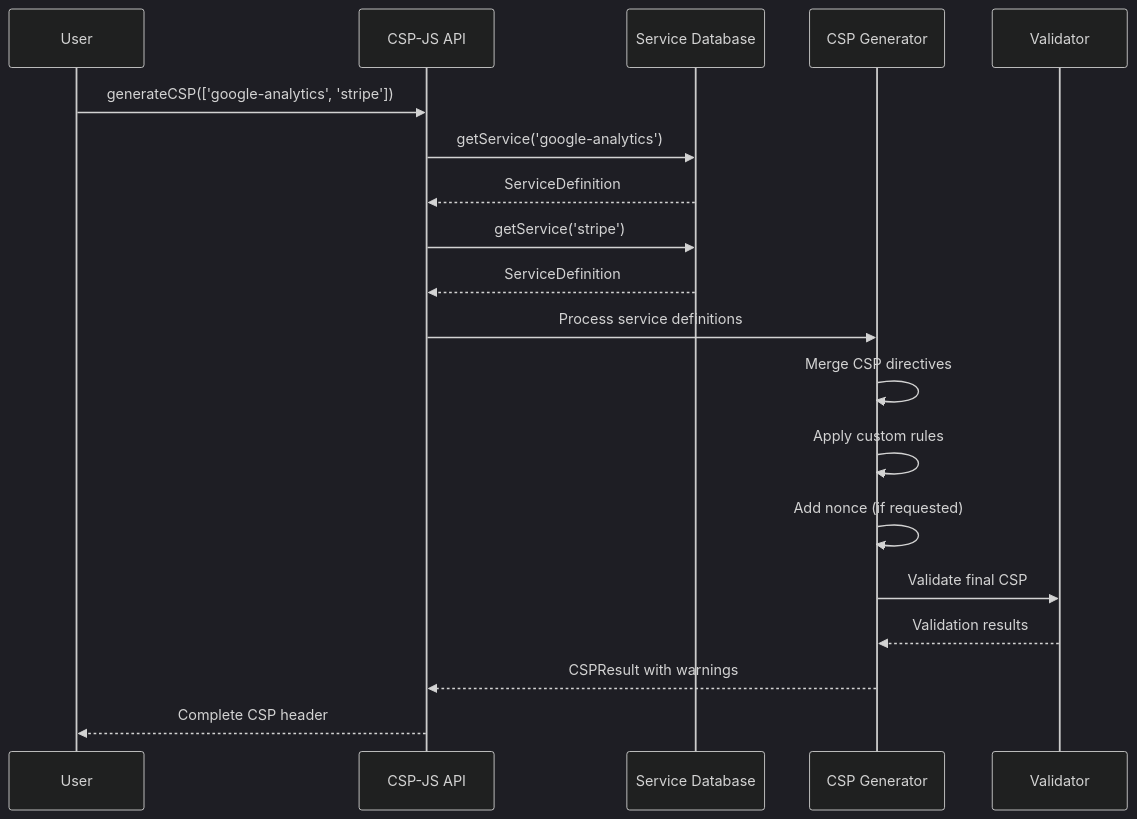
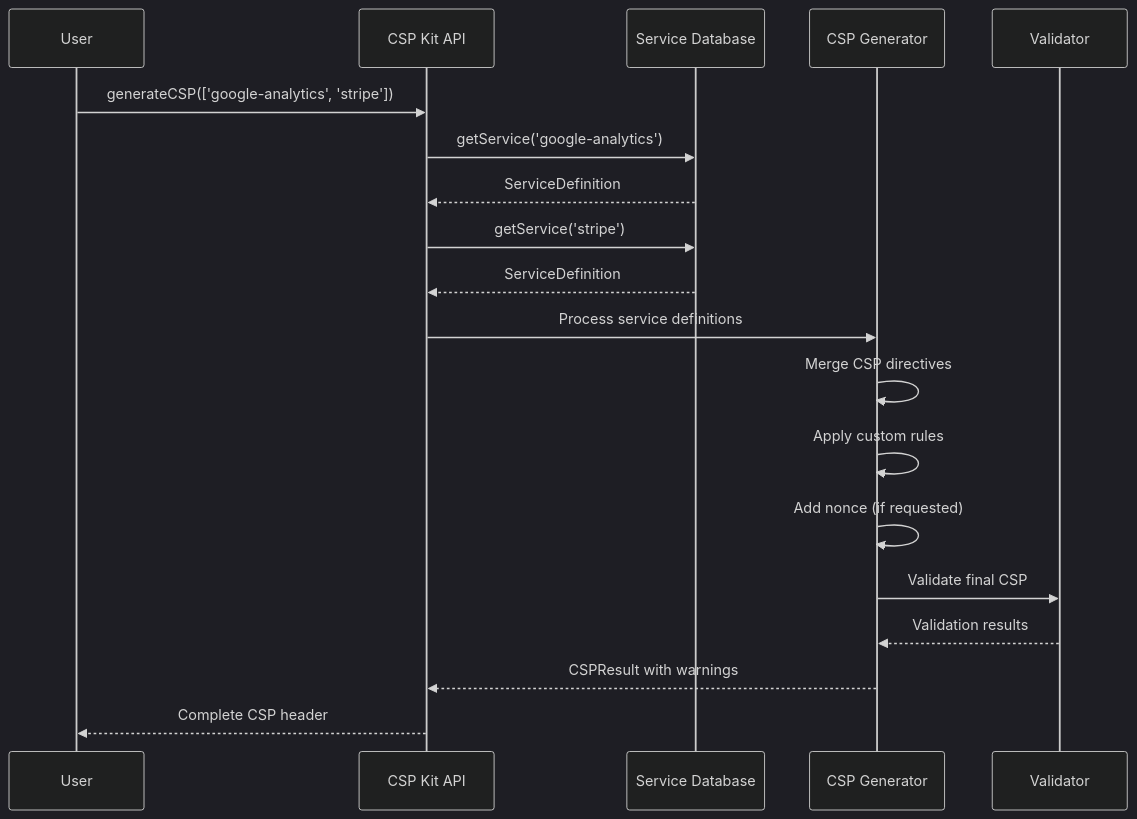
Before and after one commit to eason-dev/csp-js: the third of 4 diagrams in docs/ARCHITECTURE.md, drawn with Mermaid (dark theme). The commit also changed other lines of this file and 7 other files, not shown here.

````diff
--- a/docs/ARCHITECTURE.md
+++ b/docs/ARCHITECTURE.md
@@ -222,25 +222,25 @@
 ```mermaid
 sequenceDiagram
     participant User
-    participant API as CSP-JS API
+    participant API as CSP Kit API
     participant Data as Service Database
     participant Generator as CSP Generator
     participant Validator as Validator
 
     User->>API: generateCSP(['google-analytics', 'stripe'])
     API->>Data: getService('google-analytics')
     Data-->>API: ServiceDefinition
     API->>Data: getService('stripe')
     Data-->>API: ServiceDefinition
 
     API->>Generator: Process service definitions
     Generator->>Generator: Merge CSP directives
     Generator->>Generator: Apply custom rules
     Generator->>Generator: Add nonce (if requested)
 
     Generator->>Validator: Validate final CSP
     Validator-->>Generator: Validation results
 
     Generator-->>API: CSPResult with warnings
     API-->>User: Complete CSP header
 ```
````
